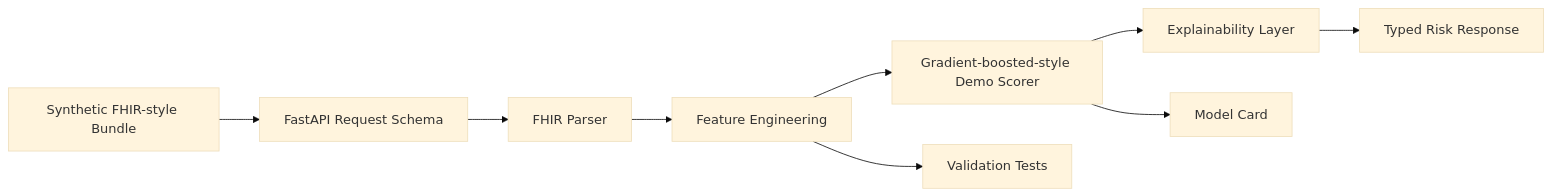
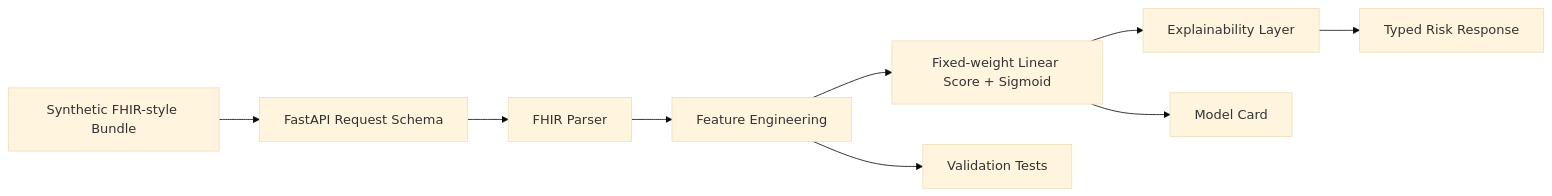
The diagram in README.md (smgpulse007/hospital-readmission-fhir-ml-api), drawn with Mermaid (base theme) before and after one commit. The commit also changed other lines of this file and 10 other files, not shown here.

````diff
--- a/README.md
+++ b/README.md
@@ -15,11 +19,11 @@
 ```mermaid
 flowchart LR
     A["Synthetic FHIR-style Bundle"] --> B["FastAPI Request Schema"]
     B --> C["FHIR Parser"]
     C --> D["Feature Engineering"]
-    D --> E["Gradient-boosted-style Demo Scorer"]
+    D --> E["Fixed-weight Linear Score + Sigmoid"]
     E --> F["Explainability Layer"]
     F --> G["Typed Risk Response"]
     D --> H["Validation Tests"]
     E --> I["Model Card"]
 ```
````
